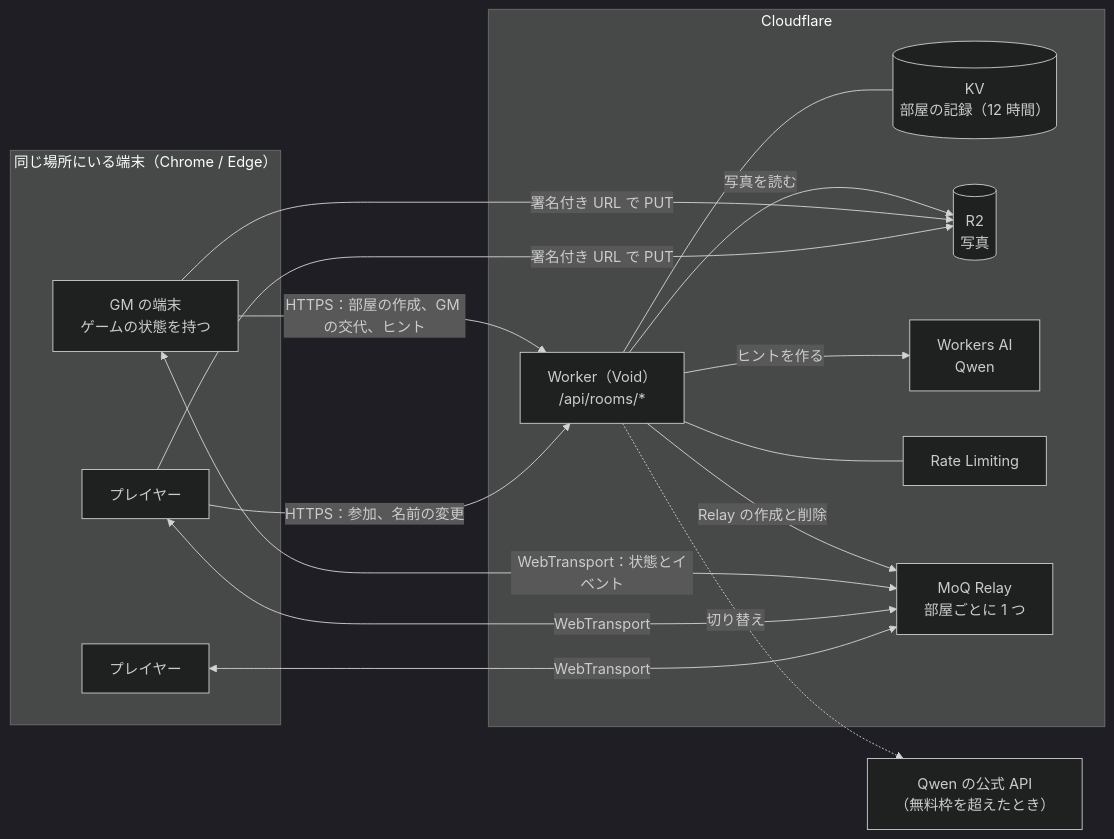
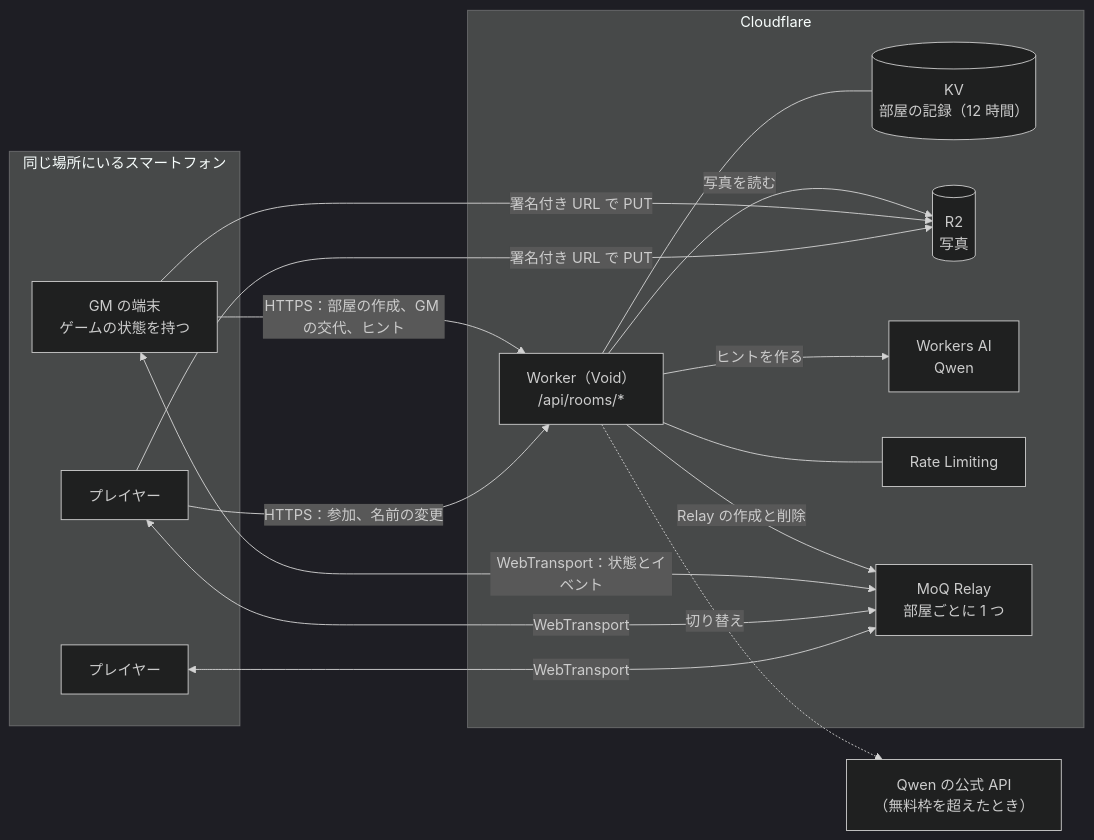
Before and after one commit to yashikota/scene-hunter: the first of 3 diagrams in README.md, drawn with Mermaid (dark theme). The commit also changed 14 other files, not shown here.

````diff
--- a/README.md
+++ b/README.md
@@ -15,34 +15,34 @@
 ```mermaid
 flowchart LR
-  subgraph phones["同じ場所にいる端末（Chrome / Edge）"]
+  subgraph phones["同じ場所にいるスマートフォン"]
     GM["GM の端末<br/>ゲームの状態を持つ"]
     P1["プレイヤー"]
     P2["プレイヤー"]
   end
 
   subgraph cf["Cloudflare"]
     W["Worker（Void）<br/>/api/rooms/*"]
     KV[("KV<br/>部屋の記録（12 時間）")]
     R2[("R2<br/>写真")]
     AI["Workers AI<br/>Qwen"]
     RL["Rate Limiting"]
     Relay["MoQ Relay<br/>部屋ごとに 1 つ"]
   end
   Qwen["Qwen の公式 API<br/>（無料枠を超えたとき）"]
 
   GM -- "HTTPS：部屋の作成、GM の交代、ヒント" --> W
   P1 -- "HTTPS：参加、名前の変更" --> W
   W --- KV
   W --- RL
   W -- "Relay の作成と削除" --> Relay
   W -- "写真を読む" --> R2
   W -- "ヒントを作る" --> AI
   W -. "切り替え" .-> Qwen
 
   GM -- "署名付き URL で PUT" --> R2
   P1 -- "署名付き URL で PUT" --> R2
 
   GM <-- "WebTransport：状態とイベント" --> Relay
   P1 <-- "WebTransport" --> Relay
   P2 <-- "WebTransport" --> Relay
 ```
````
